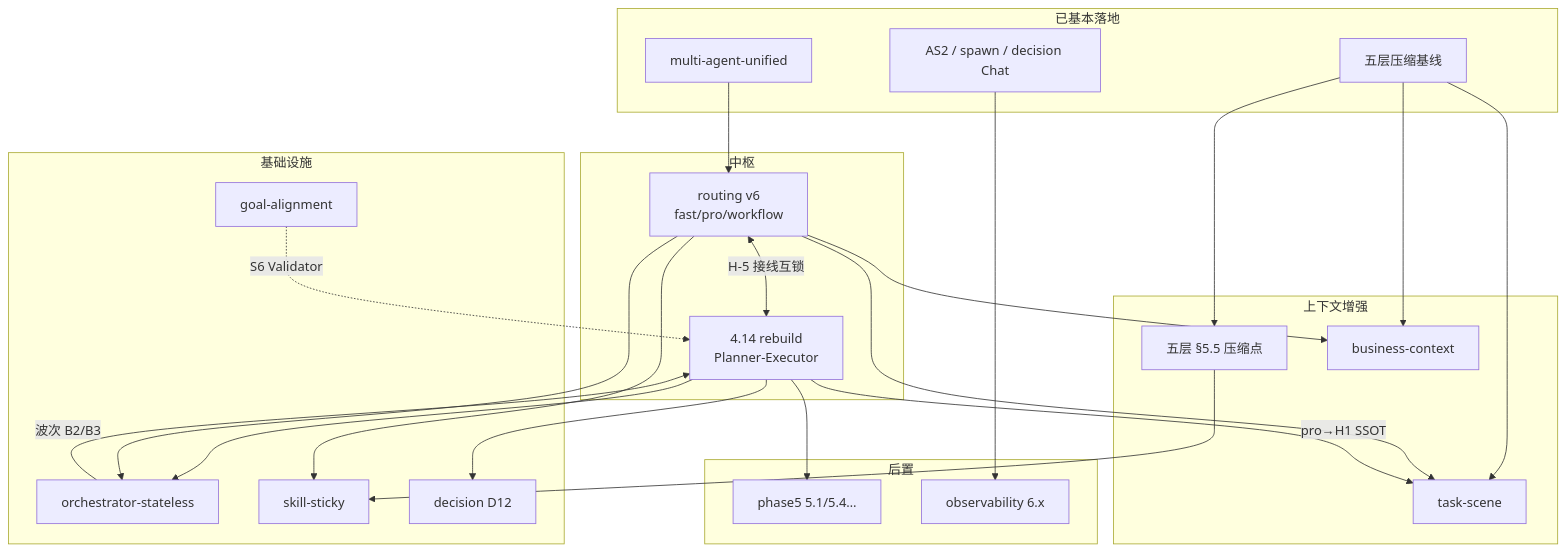
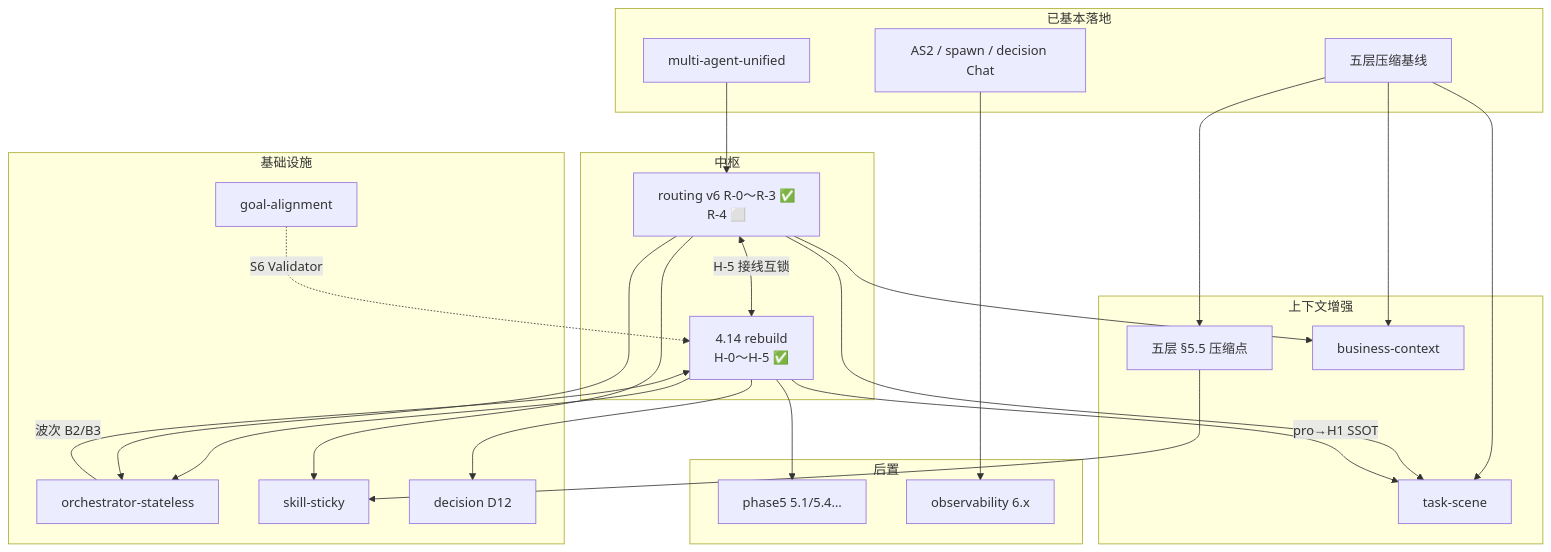
The diagram in docs/superpowers/specs/README.md (searchforsun/my-sunshine-agent), drawn with Mermaid before and after one commit. The commit also changed other lines of this file and 6 other files, not shown here.

````diff
--- a/docs/superpowers/specs/README.md
+++ b/docs/superpowers/specs/README.md
@@ -80,49 +80,49 @@
 ```mermaid
 flowchart TB
   subgraph done [已基本落地]
     MA[multi-agent-unified]
     CTX_BASE[五层压缩基线]
     AS2[AS2 / spawn / decision Chat]
   end
 
   subgraph hub [中枢]
-    R[routing v6<br/>fast/pro/workflow]
-    PE[4.14 rebuild<br/>Planner-Executor]
+    R[routing v6 R-0～R-3 ✅<br/>R-4 ⬜]
+    PE[4.14 rebuild<br/>H-0～H-5 ✅]
   end
 
   subgraph ctx [上下文增强]
     CP[五层 §5.5 压缩点]
     TS[task-scene]
     BIZ[business-context]
   end
 
   subgraph infra [基础设施]
     ST[orchestrator-stateless]
     GA[goal-alignment]
     SK[skill-sticky]
     D12[decision D12]
   end
 
   subgraph later [后置]
     P5[phase5 5.1/5.4…]
     OBS[observability 6.x]
   end
 
   MA --> R
   R <-->|H-5 接线互锁| PE
   CTX_BASE --> CP
   CTX_BASE --> TS
   R --> TS
   PE -->|pro→H1 SSOT| TS
   R --> SK
   CP --> SK
   R --> BIZ
   CTX_BASE --> BIZ
   GA -.->|S6 Validator| PE
   PE --> D12
   PE --> ST
   R --> ST
   ST -->|波次 B2/B3| PE
   PE --> P5
   AS2 --> OBS
 ```
````
